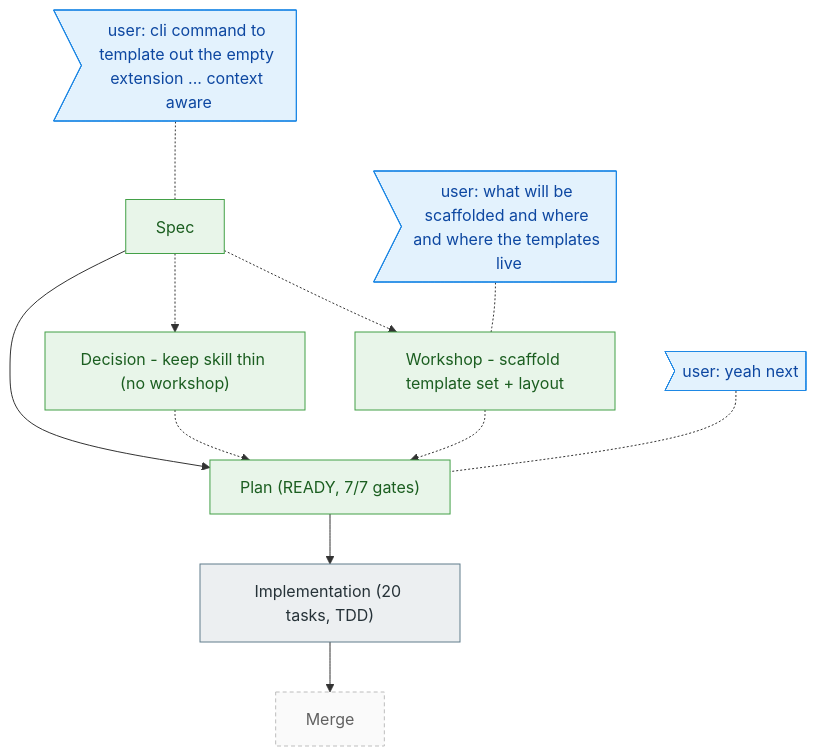
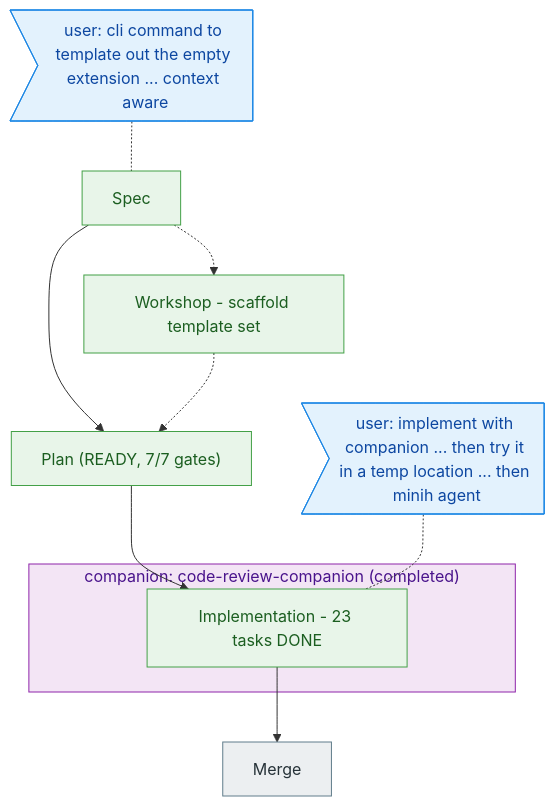
One commit to AI-Substrate/harness-engineering changed the diagram in docs/plans/006-add-extension-skill/the-flow.md. Above: the diagram before and after it, drawn with Mermaid. The commit also changed other lines of this file and 5 other files, not shown here.

First line of the commit message:
docs(plan-006): companion debrief, retro, flight plan, checkboxes complete

````diff
--- a/docs/plans/006-add-extension-skill/the-flow.md
+++ b/docs/plans/006-add-extension-skill/the-flow.md
@@ -4,26 +4,28 @@
 ```mermaid
 flowchart TD
   classDef done fill:#E8F5E9,stroke:#43A047,color:#1B5E20;
   classDef wip fill:#FFF3E0,stroke:#FB8C00,color:#E65100;
   classDef known fill:#ECEFF1,stroke:#607D8B,color:#263238;
   classDef assumed fill:#FAFAFA,stroke:#BDBDBD,color:#616161,stroke-dasharray:4 3;
   classDef said fill:#E3F2FD,stroke:#1E88E5,color:#0D47A1;
+  classDef companion fill:#F3E5F5,stroke:#8E24AA,color:#4A148C;
 
   spec["Spec"]:::done
-  ws1["Decision - keep skill thin (no workshop)"]:::done
-  ws2["Workshop - scaffold template set + layout"]:::done
+  ws2["Workshop - scaffold template set"]:::done
   plan["Plan (READY, 7/7 gates)"]:::done
-  phase1["Implementation (20 tasks, TDD)"]:::known
-  merge["Merge"]:::assumed
+
+  subgraph crc["companion: code-review-companion (completed)"]
+    phase1["Implementation - 23 tasks DONE"]:::done
+  end
+  class crc companion
+
+  merge["Merge"]:::known
 
   spec --> plan --> phase1 --> merge
-  spec -.-> ws1 -.-> plan
   spec -.-> ws2 -.-> plan
 
   say_spec>"user: cli command to template out the empty extension ... context aware"]:::said
-  say_ws2>"user: what will be scaffolded and where and where the templates live"]:::said
-  say_plan>"user: yeah next"]:::said
+  say_impl>"user: implement with companion ... then try it in a temp location ... then minih agent"]:::said
   say_spec -.- spec
-  say_ws2 -.- ws2
-  say_plan -.- plan
+  say_impl -.- phase1
 ```
````
